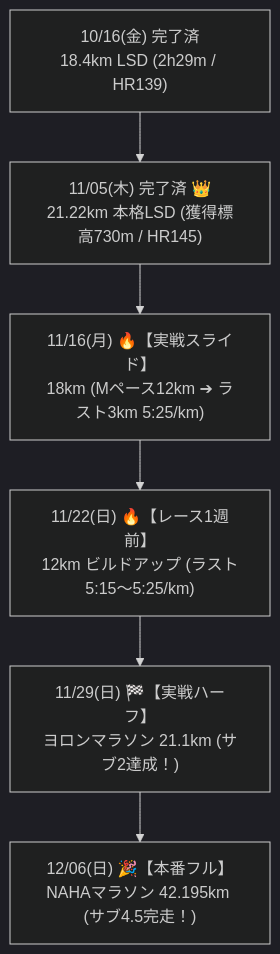
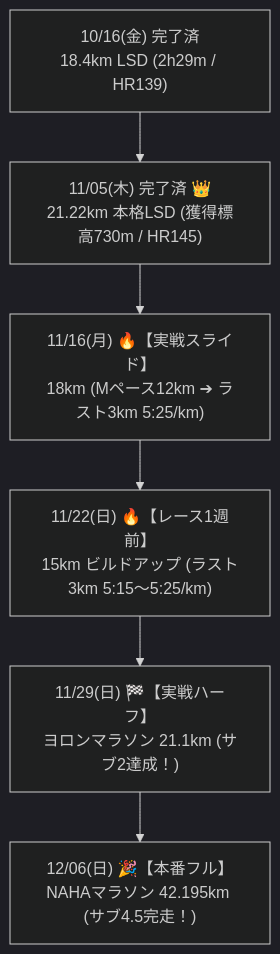
Before and after one commit to nem6ishi/running_analytics: the diagram in docs/TRAINING_PLAN_2026.md, drawn with Mermaid (dark theme). The commit also changed other lines of this file and 2 other files, not shown here.

````diff
--- a/docs/TRAINING_PLAN_2026.md
+++ b/docs/TRAINING_PLAN_2026.md
@@ -31,8 +31,8 @@
 ```mermaid
 flowchart TD
     L1["10/16(金) 完了済<br/>18.4km LSD (2h29m / HR139)"] --> L2["11/05(木) 完了済 👑<br/>21.22km 本格LSD (獲得標高730m / HR145)"]
     L2 --> L3["11/16(月) 🔥【実戦スライド】<br/>18km (Mペース12km ➔ ラスト3km 5:25/km)"]
-    L3 --> L4["11/22(日) 🔥【レース1週前】<br/>12km ビルドアップ (ラスト5:15〜5:25/km)"]
+    L3 --> L4["11/22(日) 🔥【レース1週前】<br/>15km ビルドアップ (ラスト3km 5:15〜5:25/km)"]
     L4 --> L5["11/29(日) 🏁【実戦ハーフ】<br/>ヨロンマラソン 21.1km (サブ2達成！)"]
     L5 --> L6["12/06(日) 🎉【本番フル】<br/>NAHAマラソン 42.195km (サブ4.5完走！)"]
 ```
````
